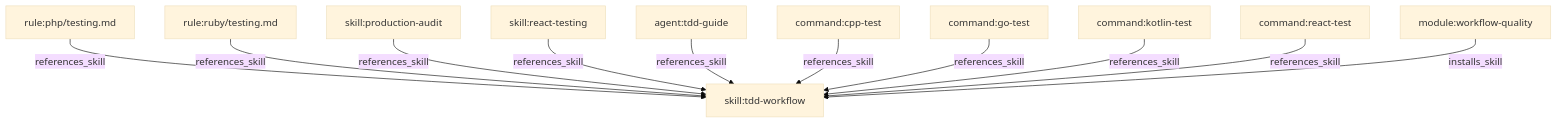
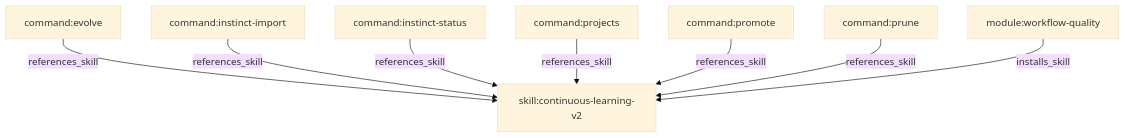
The third of 10 diagrams in .claude/skills/dependency-graph/DEPENDENCY-GRAPH.md (coderofmutou/ecc-custom), drawn with Mermaid (base theme) before and after one commit. The commit also changed other lines of this file and 95 other files, not shown here.

First line of the commit message:
chore(rules): 裁剪与 Java 后端画像无关的 golang/perl/php/ruby/angular/nuxt/react-native 组件

````diff
--- a/.claude/skills/dependency-graph/DEPENDENCY-GRAPH.md
+++ b/.claude/skills/dependency-graph/DEPENDENCY-GRAPH.md
@@ -276,13 +185,10 @@
 ```mermaid
 graph TD
-  rule_php_testing_md["rule:php/testing.md"] -->|references_skill| skill_tdd_workflow["skill:tdd-workflow"]
-  rule_ruby_testing_md["rule:ruby/testing.md"] -->|references_skill| skill_tdd_workflow["skill:tdd-workflow"]
-  skill_production_audit["skill:production-audit"] -->|references_skill| skill_tdd_workflow["skill:tdd-workflow"]
-  skill_react_testing["skill:react-testing"] -->|references_skill| skill_tdd_workflow["skill:tdd-workflow"]
-  agent_tdd_guide["agent:tdd-guide"] -->|references_skill| skill_tdd_workflow["skill:tdd-workflow"]
-  command_cpp_test["command:cpp-test"] -->|references_skill| skill_tdd_workflow["skill:tdd-workflow"]
-  command_go_test["command:go-test"] -->|references_skill| skill_tdd_workflow["skill:tdd-workflow"]
-  command_kotlin_test["command:kotlin-test"] -->|references_skill| skill_tdd_workflow["skill:tdd-workflow"]
-  command_react_test["command:react-test"] -->|references_skill| skill_tdd_workflow["skill:tdd-workflow"]
-  module_workflow_quality["module:workflow-quality"] -->|installs_skill| skill_tdd_workflow["skill:tdd-workflow"]
+  command_evolve["command:evolve"] -->|references_skill| skill_continuous_learning_v2["skill:continuous-learning-v2"]
+  command_instinct_import["command:instinct-import"] -->|references_skill| skill_continuous_learning_v2["skill:continuous-learning-v2"]
+  command_instinct_status["command:instinct-status"] -->|references_skill| skill_continuous_learning_v2["skill:continuous-learning-v2"]
+  command_projects["command:projects"] -->|references_skill| skill_continuous_learning_v2["skill:continuous-learning-v2"]
+  command_promote["command:promote"] -->|references_skill| skill_continuous_learning_v2["skill:continuous-learning-v2"]
+  command_prune["command:prune"] -->|references_skill| skill_continuous_learning_v2["skill:continuous-learning-v2"]
+  module_workflow_quality["module:workflow-quality"] -->|installs_skill| skill_continuous_learning_v2["skill:continuous-learning-v2"]
 ```
````
